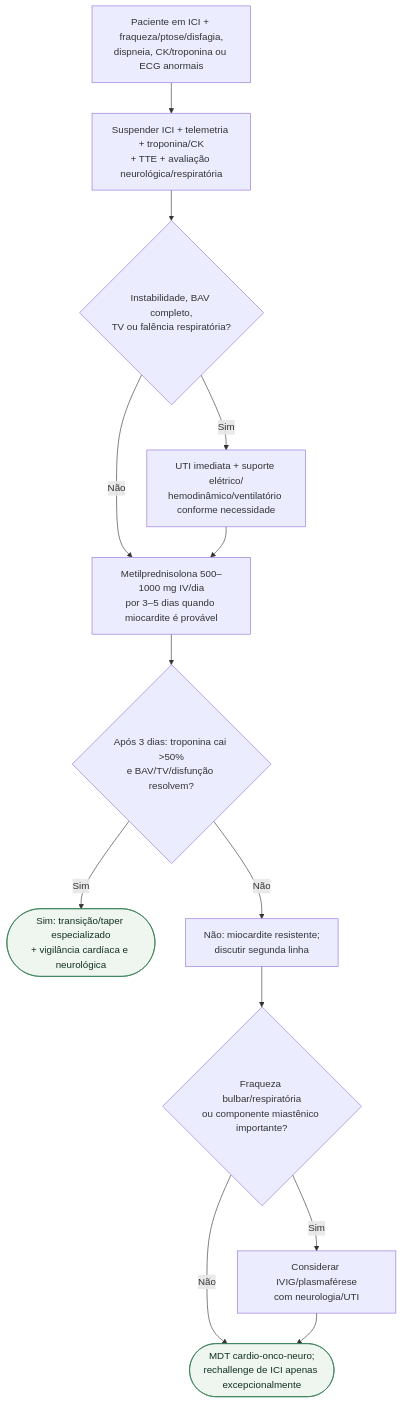
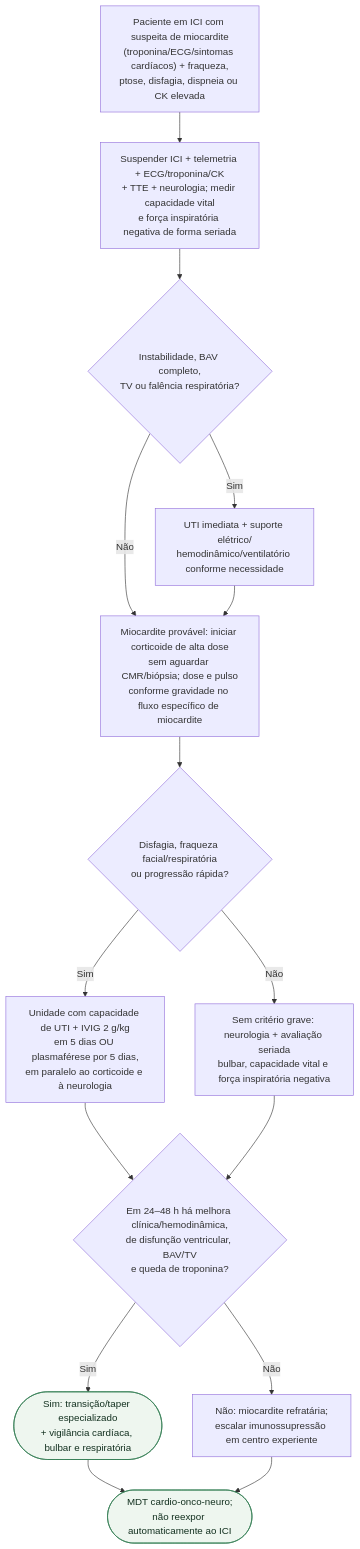
The diagram in content/Cardio-oncologia/fluxograma-overlap-miocardite-miosite-miastenia-por-ici.md (rafaelpaesmeirelles/MeuCardio), drawn with Mermaid before and after one commit. The commit also changed other lines of this file and 26 other files, not shown here.

Commit message:
content: nono lote noturno com auditoria clínica de alto risco

````diff
--- a/content/Cardio-oncologia/fluxograma-overlap-miocardite-miosite-miastenia-por-ici.md
+++ b/content/Cardio-oncologia/fluxograma-overlap-miocardite-miosite-miastenia-por-ici.md
@@ -13,30 +14,33 @@
 ```mermaid
 flowchart TD
-  R0["Paciente em ICI + fraqueza/ptose/disfagia,<br/>dispneia, CK/troponina ou ECG anormais"]
-  P1["Suspender ICI + telemetria + troponina/CK<br/>+ TTE + avaliação neurológica/respiratória"]
+  R0["Paciente em ICI com suspeita de miocardite<br/>(troponina/ECG/sintomas cardíacos) + fraqueza,<br/>ptose, disfagia, dispneia ou CK elevada"]
+  P1["Suspender ICI + telemetria + ECG/troponina/CK<br/>+ TTE + neurologia; medir capacidade vital<br/>e força inspiratória negativa de forma seriada"]
   D1{"Instabilidade, BAV completo,<br/>TV ou falência respiratória?"}
   P2["UTI imediata + suporte elétrico/<br/>hemodinâmico/ventilatório conforme necessidade"]
-  P3["Metilprednisolona 500–1000 mg IV/dia<br/>por 3–5 dias quando miocardite é provável"]
-  D2{"Após 3 dias: troponina cai >50%<br/>e BAV/TV/disfunção resolvem?"}
-  C1(["Sim: transição/taper especializado<br/>+ vigilância cardíaca e neurológica"])
-  P4["Não: miocardite resistente;<br/>discutir segunda linha"]
-  D3{"Fraqueza bulbar/respiratória<br/>ou componente miastênico importante?"}
-  P5["Considerar IVIG/plasmaférese<br/>com neurologia/UTI"]
-  C2(["MDT cardio-onco-neuro;<br/>rechallenge de ICI apenas excepcionalmente"])
+  P3["Miocardite provável: iniciar corticoide de alta dose<br/>sem aguardar CMR/biópsia; dose e pulso<br/>conforme gravidade no fluxo específico de miocardite"]
+  D2{"Disfagia, fraqueza facial/respiratória<br/>ou progressão rápida?"}
+  P4["Unidade com capacidade de UTI + IVIG 2 g/kg<br/>em 5 dias OU plasmaférese por 5 dias,<br/>em paralelo ao corticoide e à neurologia"]
+  P5["Sem critério grave: neurologia + avaliação seriada<br/>bulbar, capacidade vital e força inspiratória negativa"]
+  D3{"Em 24–48 h há melhora clínica/hemodinâmica,<br/>de disfunção ventricular, BAV/TV<br/>e queda de troponina?"}
+  C1(["Sim: transição/taper especializado<br/>+ vigilância cardíaca, bulbar e respiratória"])
+  P6["Não: miocardite refratária;<br/>escalar imunossupressão em centro experiente"]
+  C2(["MDT cardio-onco-neuro;<br/>não reexpor automaticamente ao ICI"])
 
   R0 --> P1
   P1 --> D1
   D1 -->|"Sim"| P2
   D1 -->|"Não"| P3
   P2 --> P3
   P3 --> D2
-  D2 -->|"Sim"| C1
-  D2 -->|"Não"| P4
+  D2 -->|"Sim"| P4
+  D2 -->|"Não"| P5
   P4 --> D3
-  D3 -->|"Sim"| P5
-  D3 -->|"Não"| C2
-  P5 --> C2
+  P5 --> D3
+  D3 -->|"Sim"| C1
+  D3 -->|"Não"| P6
+  C1 --> C2
+  P6 --> C2
 
   classDef conduta fill:#eef6ef,stroke:#2f7a4f,color:#12301f;
   class C1,C2 conduta;
 ```
````
